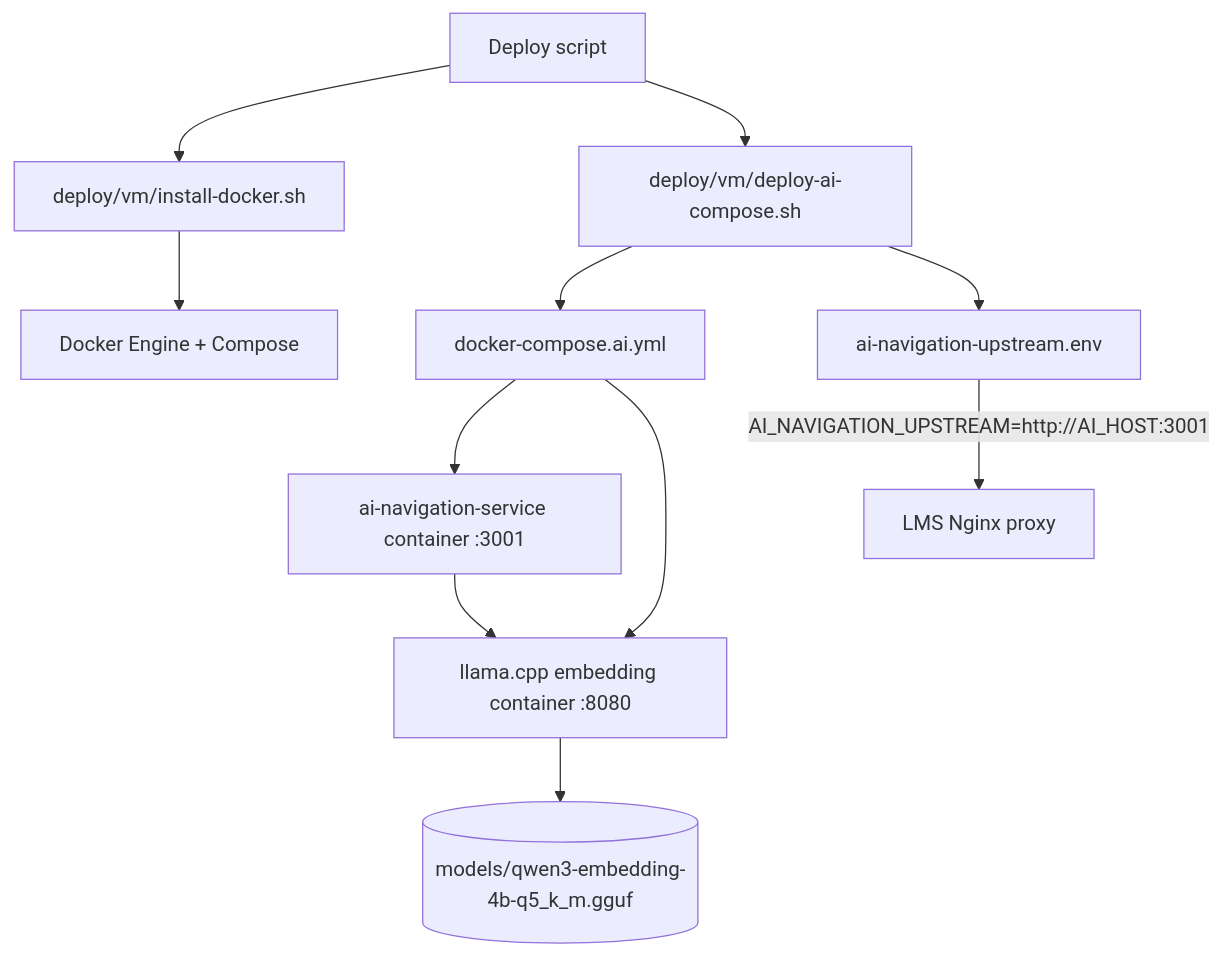
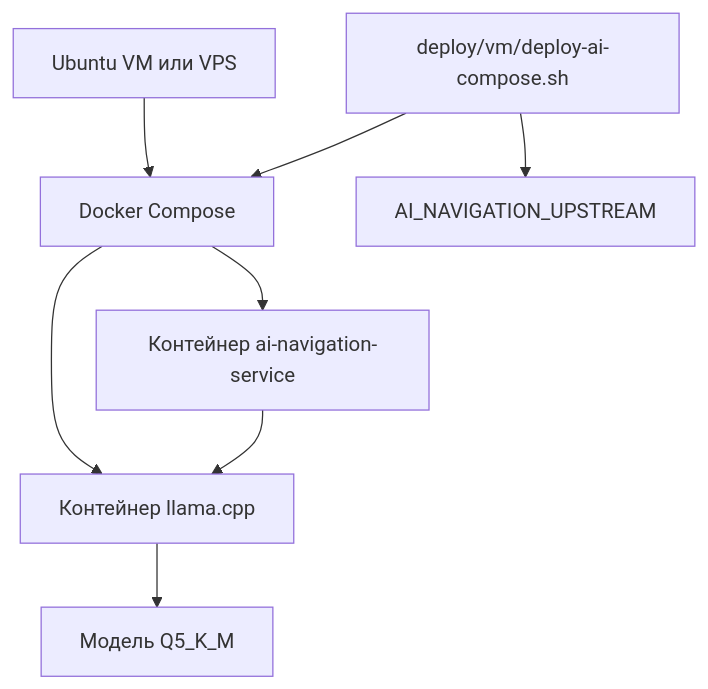
The fourth of 12 diagrams in docs/ai-navigation-architecture.md (GockMock/MOSPOLI_LMS), drawn with Mermaid before and after one commit. The commit also changed other lines of this file, not shown here.

Commit message:
Simplify Mermaid architecture docs in Russian

````diff
--- a/docs/ai-navigation-architecture.md
+++ b/docs/ai-navigation-architecture.md
@@ -86,16 +50,10 @@
 ```mermaid
 flowchart TB
-    Admin[Deploy script] --> Install[deploy/vm/install-docker.sh]
-    Admin --> Deploy[deploy/vm/deploy-ai-compose.sh]
-
-    Install --> Docker[Docker Engine + Compose]
-    Deploy --> Compose[docker-compose.ai.yml]
-
-    Compose --> AIS[ai-navigation-service container :3001]
-    Compose --> LLAMA[llama.cpp embedding container :8080]
-    LLAMA --> Model[(models/qwen3-embedding-4b-q5_k_m.gguf)]
-    AIS --> LLAMA
-
-    Deploy --> Env[ai-navigation-upstream.env]
-    Env -->|AI_NAVIGATION_UPSTREAM=http://AI_HOST:3001| LMSProxy[LMS Nginx proxy]
+    vm[Ubuntu VM или VPS] --> compose[Docker Compose]
+    compose --> api[Контейнер ai-navigation-service]
+    compose --> llama[Контейнер llama.cpp]
+    api --> llama
+    llama --> model[Модель Q5_K_M]
+    deploy[deploy/vm/deploy-ai-compose.sh] --> compose
+    deploy --> env[AI_NAVIGATION_UPSTREAM]
 ```
````
